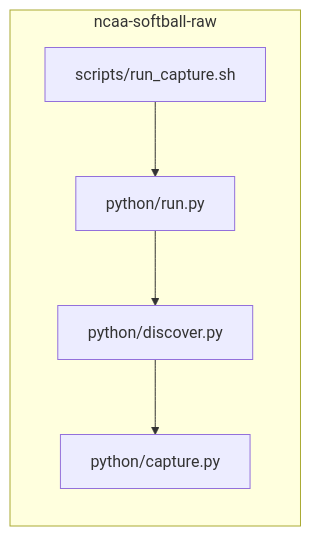
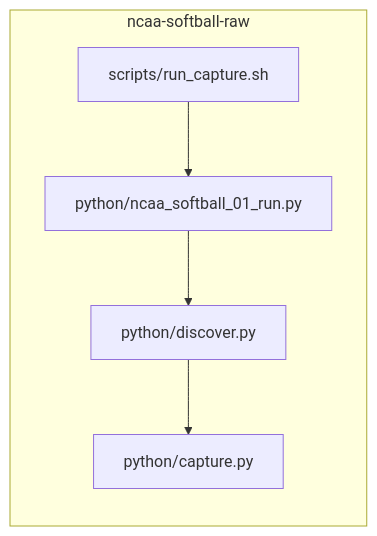
The second of 2 diagrams in README.md (sportsdataverse/ncaa-softball-raw), drawn with Mermaid before and after one commit. The commit also changed other lines of this file, not shown here.

Commit message:
docs: runner references follow the numbered rename

````diff
--- a/README.md
+++ b/README.md
@@ -25,9 +25,9 @@
 ```mermaid
 flowchart TB;
     subgraph A[ncaa-softball-raw];
         direction TB;
-        A0[scripts/run_capture.sh]-->A1[python/run.py];
-        A1[python/run.py]-->A2[python/discover.py];
+        A0[scripts/run_capture.sh]-->A1[python/ncaa_softball_01_run.py];
+        A1[python/ncaa_softball_01_run.py]-->A2[python/discover.py];
         A2[python/discover.py]-->A3[python/capture.py];
     end;
 ```
````
